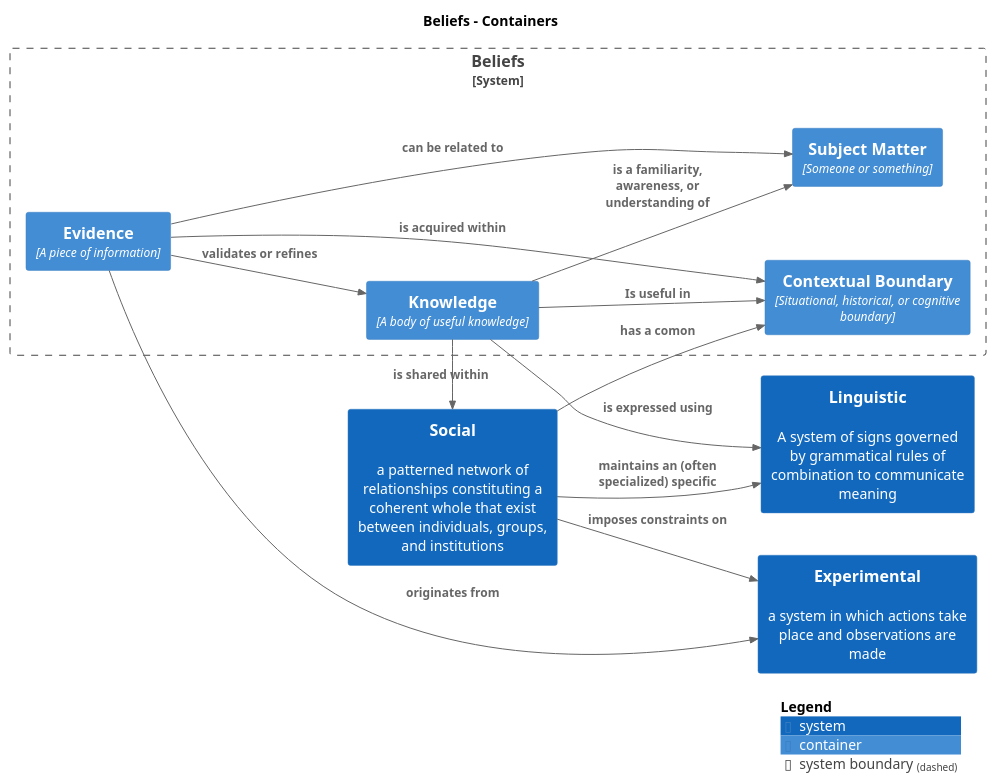
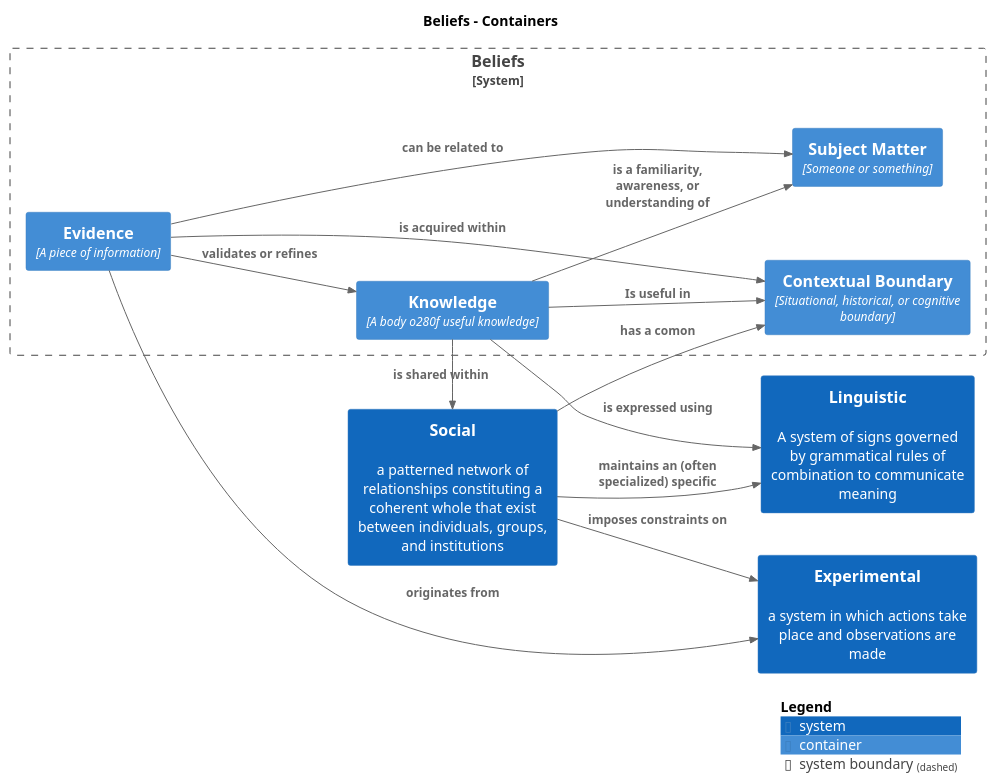
The diagram in src/images/structurizr-BeliefDomain.puml (sddevelopment-be/penguin-pragmatic-patterns), drawn with PlantUML before and after one commit. The commit also changed 3 other files, not shown here.

```diff
--- a/src/images/structurizr-BeliefDomain.puml
+++ b/src/images/structurizr-BeliefDomain.puml
@@ -1,34 +1,34 @@
 @startuml
 title Beliefs - Containers
 
 left to right direction
 
 !include https://raw.githubusercontent.com/plantuml-stdlib/C4-PlantUML/master/C4.puml
 !include https://raw.githubusercontent.com/plantuml-stdlib/C4-PlantUML/master/C4_Context.puml
 !include https://raw.githubusercontent.com/plantuml-stdlib/C4-PlantUML/master/C4_Container.puml
 
 System(Linguistic, "Linguistic", "A system of signs governed by grammatical rules of combination to communicate meaning", $tags="Element+Software System+communication")
 System(Social, "Social", "a patterned network of relationships constituting a coherent whole that exist between individuals, groups, and institutions", $tags="Element+Software System+people")
 System(Experimental, "Experimental", "a system in which actions take place and observations are made", $tags="Element+Software System+science")
 
 System_Boundary("Beliefs_boundary", "Beliefs") {
-  Container(Beliefs.Knowledge, "Knowledge", "A body of useful knowledge", $tags="Element+Container")
+  Container(Beliefs.Knowledge, "Knowledge", "A body o280f useful knowledge", $tags="Element+Container")
   Container(Beliefs.SubjectMatter, "Subject Matter", "Someone or something", $tags="Element+Container")
   Container(Beliefs.ContextualBoundary, "Contextual Boundary", "Situational, historical, or cognitive boundary", $tags="Element+Container")
   Container(Beliefs.Evidence, "Evidence", "A piece of information", $tags="Element+Container")
 }
 
 Rel_D(Beliefs.Knowledge, Linguistic, "is expressed using", $tags="Relationship")
 Rel_D(Social, Beliefs.ContextualBoundary, "has a comon", $tags="Relationship")
 Rel_D(Beliefs.Knowledge, Social, "is shared within", $tags="Relationship")
 Rel_D(Beliefs.Knowledge, Beliefs.ContextualBoundary, "Is useful in", $tags="Relationship")
 Rel_D(Beliefs.Knowledge, Beliefs.SubjectMatter, "is a familiarity, awareness, or understanding of", $tags="Relationship")
 Rel_D(Beliefs.Evidence, Beliefs.Knowledge, "validates or refines", $tags="Relationship")
 Rel_D(Beliefs.Evidence, Beliefs.SubjectMatter, "can be related to", $tags="Relationship")
 Rel_D(Beliefs.Evidence, Beliefs.ContextualBoundary, "is acquired within", $tags="Relationship")
 Rel_D(Social, Linguistic, "maintains an (often specialized) specific", $tags="Relationship")
 Rel_D(Social, Experimental, "imposes constraints on", $tags="Relationship")
 Rel_D(Beliefs.Evidence, Experimental, "originates from", $tags="Relationship")
 
 SHOW_LEGEND()
 @enduml
```
